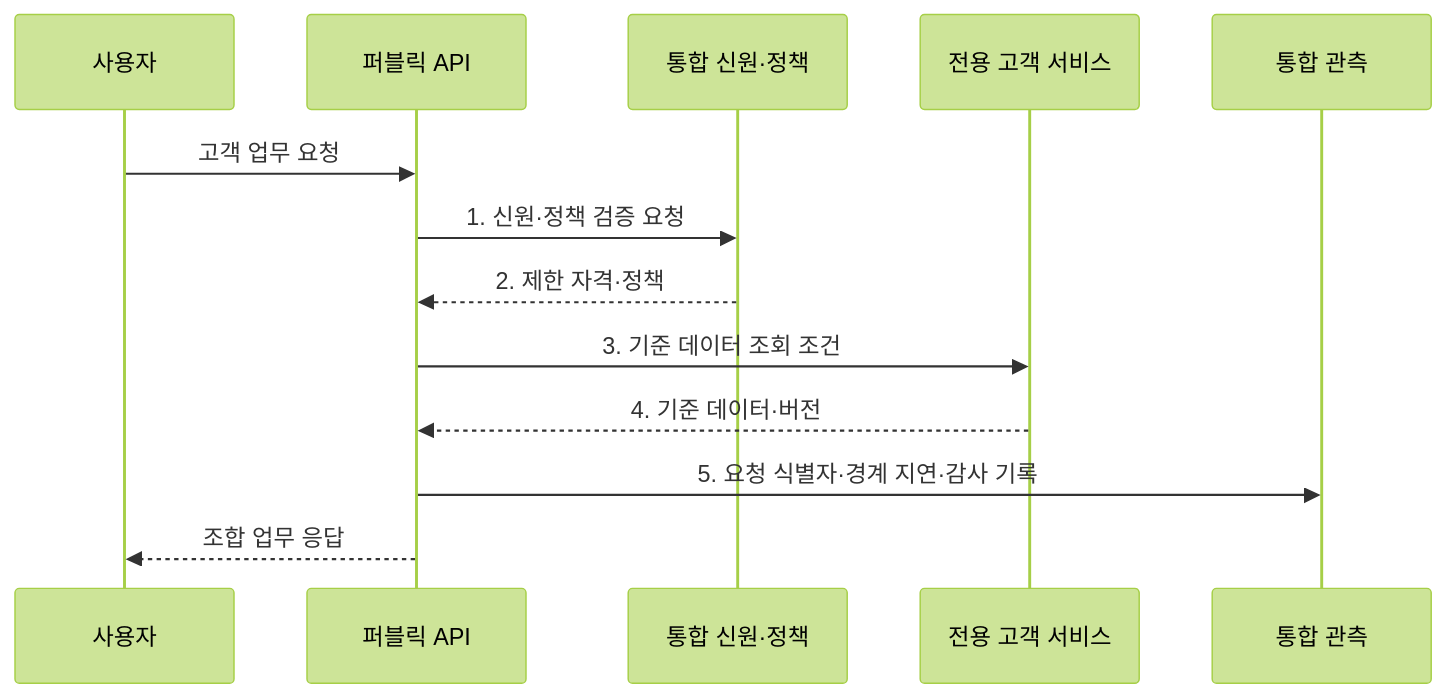
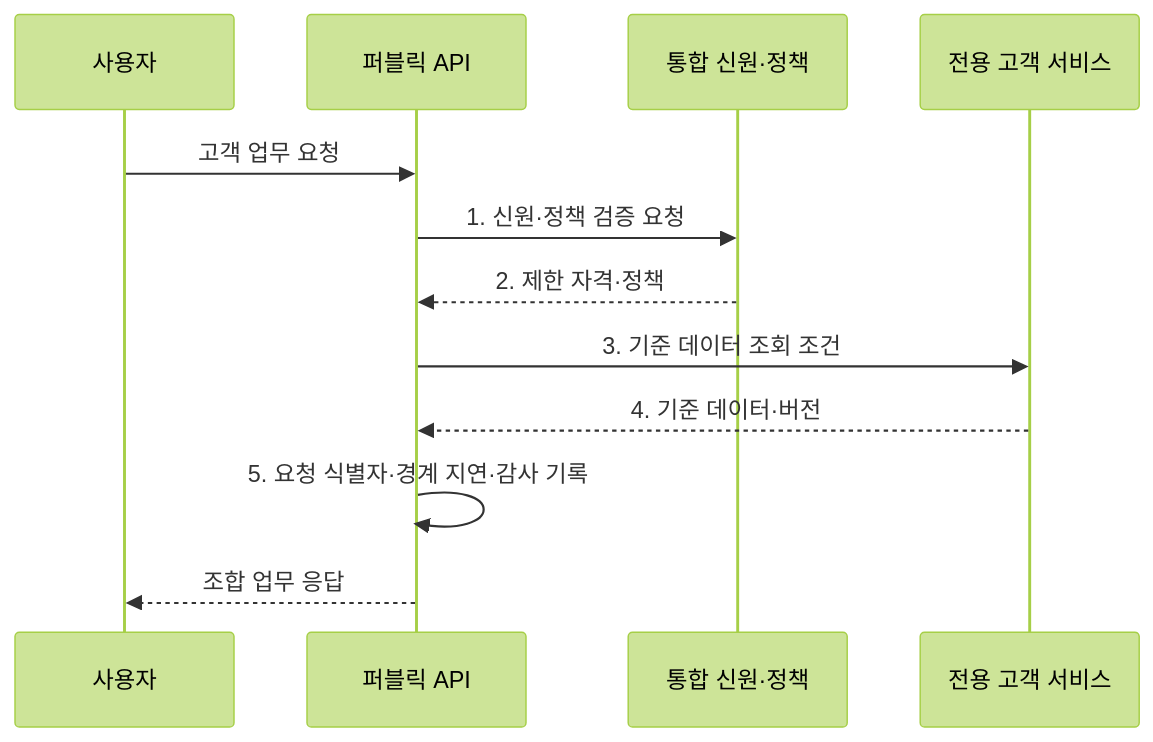
Before and after one commit to agnusdei1207/knowledge-base: the second of 2 diagrams in src/content/docs/notes/03-software/144_hybrid_cloud.md, drawn with Mermaid (forest theme). The commit also changed 7 other files, not shown here.

Commit message:
Reduce cloud platform diagram actors

````diff
--- a/src/content/docs/notes/03-software/144_hybrid_cloud.md
+++ b/src/content/docs/notes/03-software/144_hybrid_cloud.md
@@ -98,15 +98,14 @@
 ```mermaid
 sequenceDiagram
     participant U as 사용자
     participant P as 퍼블릭 API
     participant I as 통합 신원·정책
     participant R as 전용 고객 서비스
-    participant O as 통합 관측
     U->>P: 고객 업무 요청
     P->>I: 1. 신원·정책 검증 요청
     I-->>P: 2. 제한 자격·정책
     P->>R: 3. 기준 데이터 조회 조건
     R-->>P: 4. 기준 데이터·버전
-    P->>O: 5. 요청 식별자·경계 지연·감사 기록
+    P->>P: 5. 요청 식별자·경계 지연·감사 기록
     P-->>U: 조합 업무 응답
 ```
````
